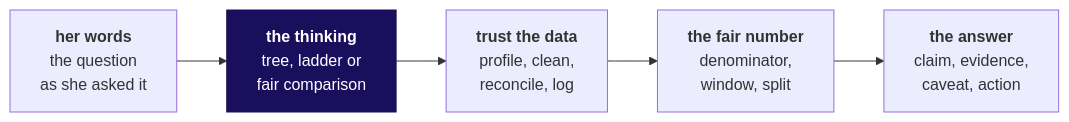
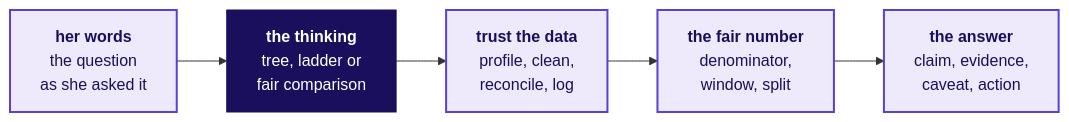
The second of 4 diagrams in content/W03/SAT/slides/C2_W03_SAT_week_close_STUDENT.md (fde-academy-lab/c2-content-factory), drawn with Mermaid before and after one commit. The commit also changed other lines of this file and 4 other files, not shown here.

````diff
--- a/content/W03/SAT/slides/C2_W03_SAT_week_close_STUDENT.md
+++ b/content/W03/SAT/slides/C2_W03_SAT_week_close_STUDENT.md
@@ -31,9 +76,11 @@
 ```mermaid
 flowchart LR
     A["<b>her words</b><br/>the question<br/>as she asked it"] --> B["<b>the thinking</b><br/>tree, ladder or<br/>fair comparison"]
     B --> C["<b>trust the data</b><br/>profile, clean,<br/>reconcile, log"]
     C --> D["<b>the fair number</b><br/>denominator,<br/>window, split"]
     D --> E["<b>the answer</b><br/>claim, evidence,<br/>caveat, action"]
-    classDef core fill:#1A0F5C,stroke:#1A0F5C,color:#FFFFFF
-    class B core
+    classDef known fill:#EEEAFB,stroke:#5B3FD6,color:#1A0F5C,stroke-width:2px
+    classDef bet fill:#1A0F5C,stroke:#1A0F5C,color:#FFFFFF
+    class A,C,D,E known
+    class B bet
 ```
````
